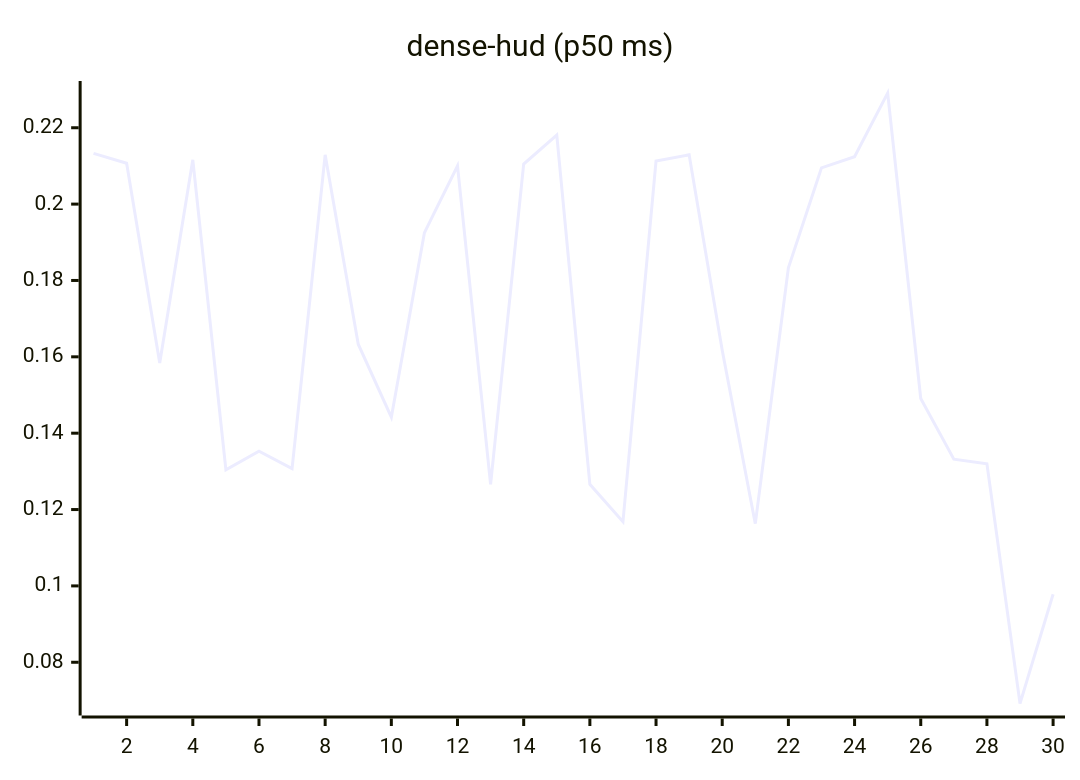
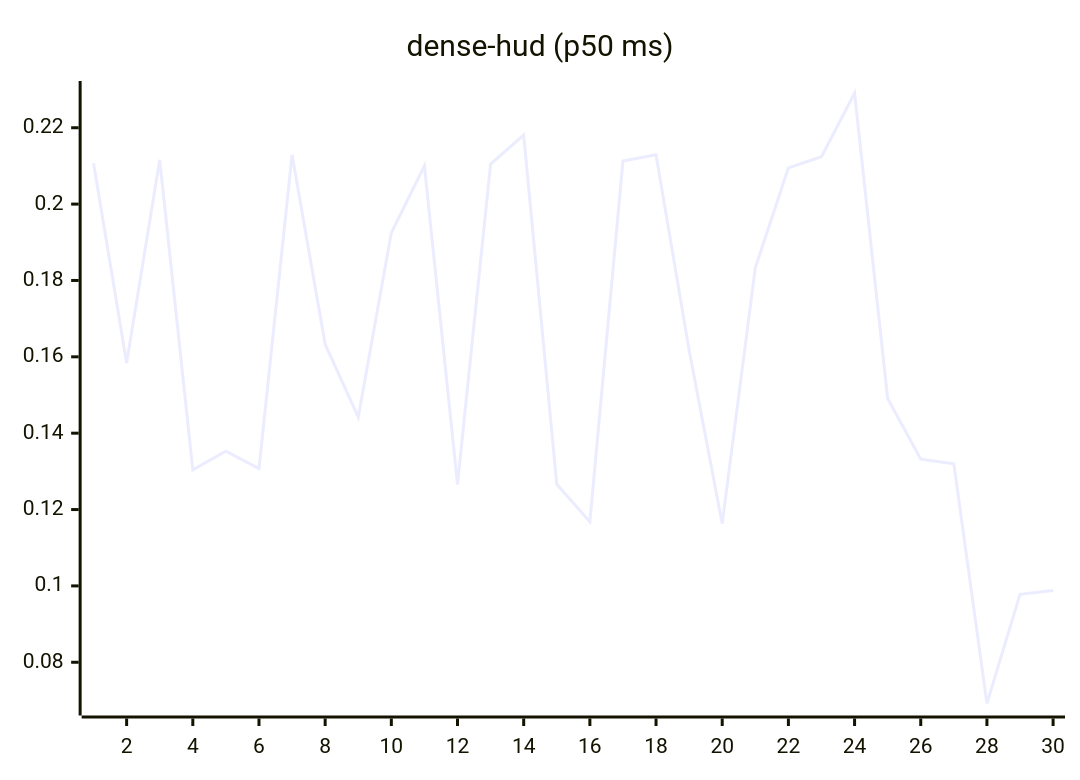
Before and after one commit to josha/Facet: the eighth of 27 diagrams in README.md, drawn with Mermaid. The commit also changed other lines of this file and 2 other files, not shown here.

````diff
--- a/README.md
+++ b/README.md
@@ -112,6 +112,6 @@
 ```mermaid
 xychart-beta
     title "dense-hud (p50 ms)"
     x-axis 1 --> 30
-    line [0.2133, 0.2107, 0.1584, 0.2116, 0.1304, 0.1353, 0.1307, 0.2129, 0.1633, 0.1442, 0.1925, 0.2100, 0.1266, 0.2105, 0.2181, 0.1266, 0.1168, 0.2113, 0.2129, 0.1617, 0.1163, 0.1833, 0.2095, 0.2124, 0.2291, 0.1491, 0.1332, 0.1320, 0.0692, 0.0978]
+    line [0.2107, 0.1584, 0.2116, 0.1304, 0.1353, 0.1307, 0.2129, 0.1633, 0.1442, 0.1925, 0.2100, 0.1266, 0.2105, 0.2181, 0.1266, 0.1168, 0.2113, 0.2129, 0.1617, 0.1163, 0.1833, 0.2095, 0.2124, 0.2291, 0.1491, 0.1332, 0.1320, 0.0692, 0.0978, 0.0988]
 ```
````
